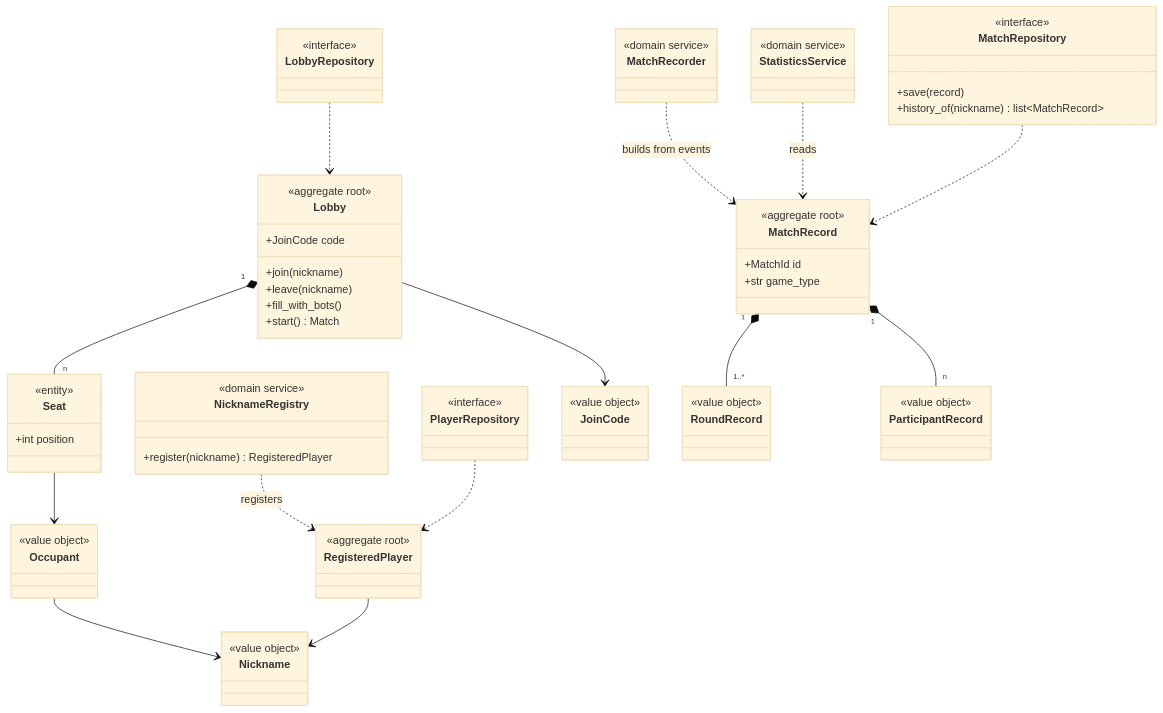
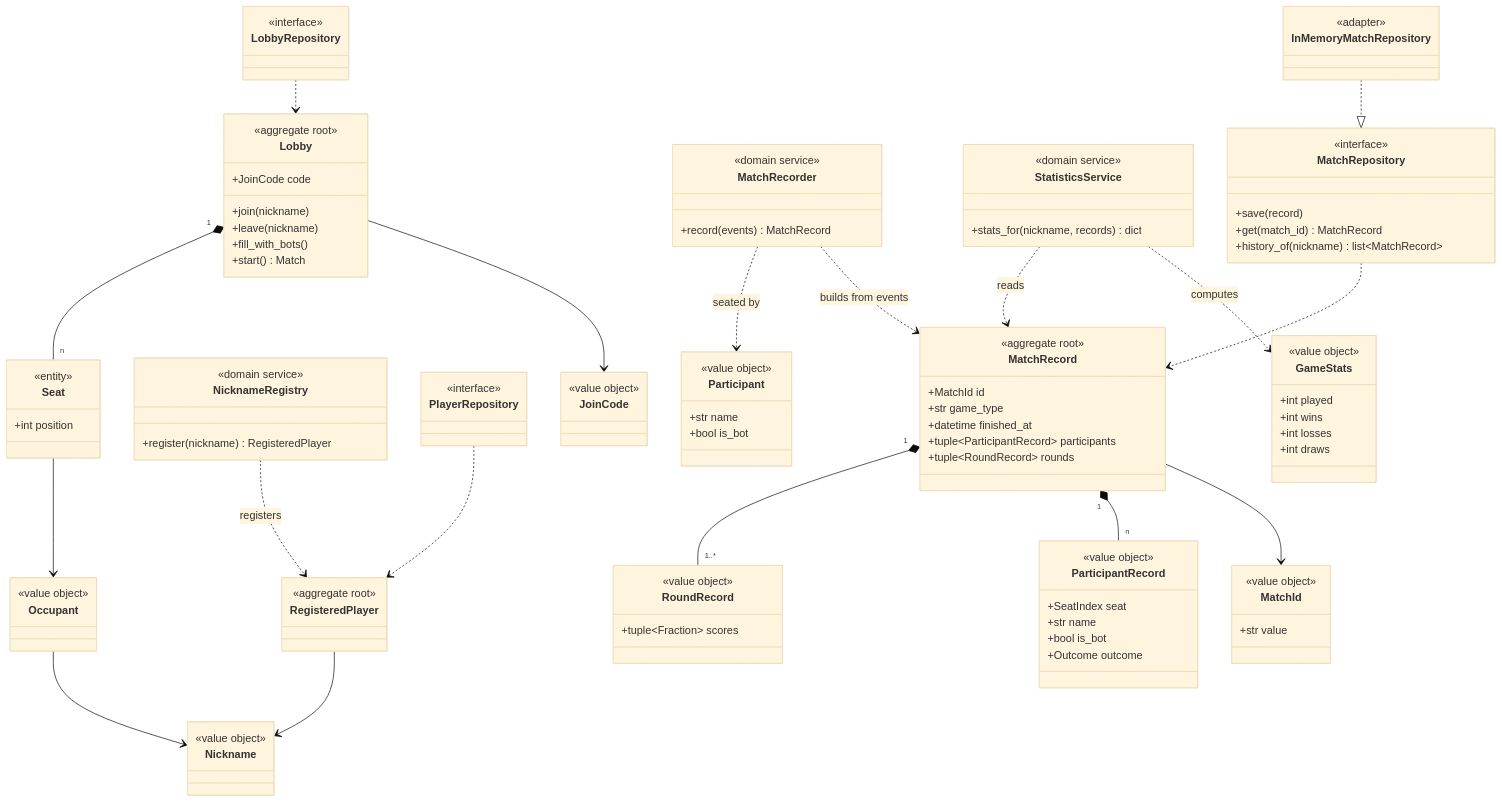
Before and after one commit to unibo-dtm-se-2526-italian-card-games/artifact: the third of 3 diagrams in docs/domain-model.md, drawn with Mermaid (base theme). The commit also changed other lines of this file, not shown here.

Commit message:
docs(domain-model): describe MatchId, MatchRecorder, StatisticsService, GameStats and the MatchRepository adapters

````diff
--- a/docs/domain-model.md
+++ b/docs/domain-model.md
@@ -277,23 +285,53 @@
         <<aggregate root>>
         +MatchId id
         +str game_type
+        +datetime finished_at
+        +tuple~ParticipantRecord~ participants
+        +tuple~RoundRecord~ rounds
+    }
+    class MatchId {
+        <<value object>>
+        +str value
     }
     class RoundRecord {
         <<value object>>
+        +tuple~Fraction~ scores
     }
     class ParticipantRecord {
         <<value object>>
+        +SeatIndex seat
+        +str name
+        +bool is_bot
+        +Outcome outcome
+    }
+    class Participant {
+        <<value object>>
+        +str name
+        +bool is_bot
     }
     class MatchRecorder {
         <<domain service>>
+        +record(events) MatchRecord
     }
     class StatisticsService {
         <<domain service>>
+        +stats_for(nickname, records) dict
+    }
+    class GameStats {
+        <<value object>>
+        +int played
+        +int wins
+        +int losses
+        +int draws
     }
     class MatchRepository {
         <<interface>>
         +save(record)
+        +get(match_id) MatchRecord
         +history_of(nickname) list~MatchRecord~
+    }
+    class InMemoryMatchRepository {
+        <<adapter>>
     }
     class LobbyRepository {
         <<interface>>
@@ -308,8 +346,12 @@
     Lobby --> JoinCode
     MatchRecord "1" *-- "1..*" RoundRecord
     MatchRecord "1" *-- "n" ParticipantRecord
+    MatchRecord --> MatchId
+    MatchRecorder ..> Participant : seated by
     MatchRecorder ..> MatchRecord : builds from events
     StatisticsService ..> MatchRecord : reads
+    StatisticsService ..> GameStats : computes
     MatchRepository ..> MatchRecord
+    InMemoryMatchRepository ..|> MatchRepository
     LobbyRepository ..> Lobby
 ```
````
